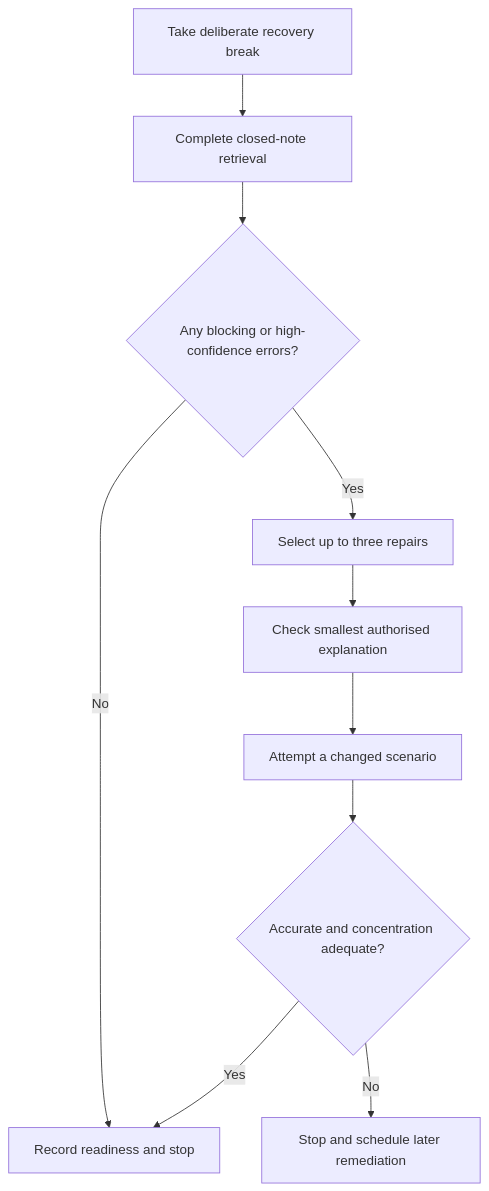
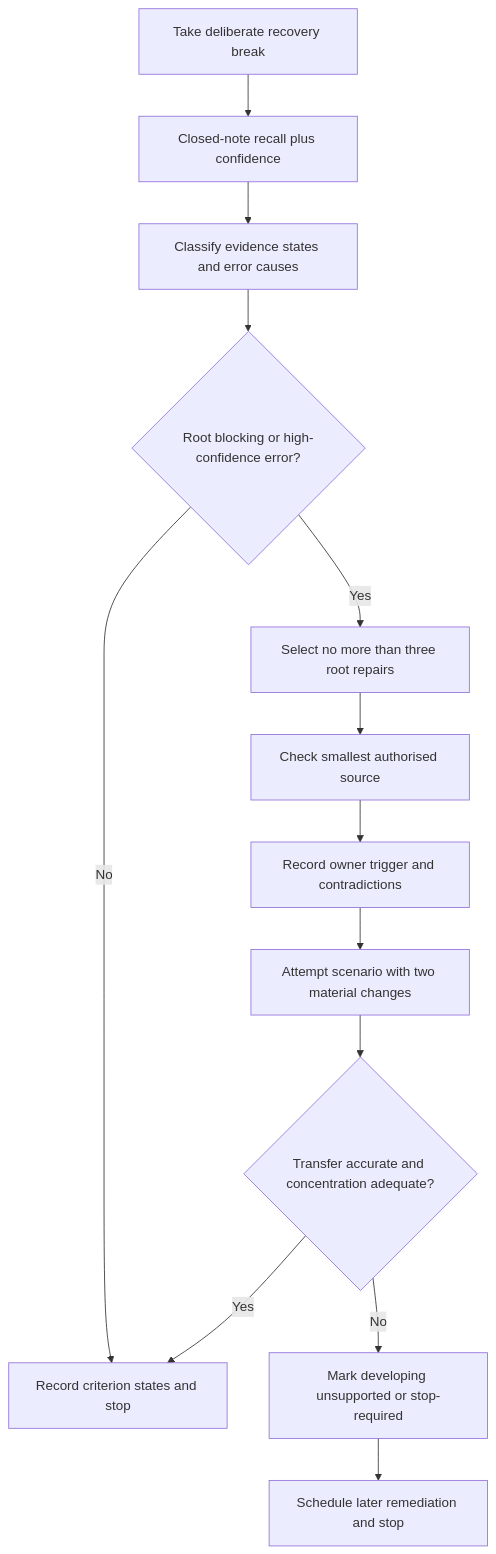
Before and after one commit to andrew3stedall/capstone: the first of 2 diagrams in docs/learning-plans/12-week/modules/day-47-rest-retrieval-and-installation-defect-correction.md, drawn with Mermaid. The commit also changed other lines of this file and 3 other files, not shown here.

````diff
--- a/docs/learning-plans/12-week/modules/day-47-rest-retrieval-and-installation-defect-correction.md
+++ b/docs/learning-plans/12-week/modules/day-47-rest-retrieval-and-installation-defect-correction.md
@@ -62,12 +86,15 @@
 ```mermaid
 flowchart TD
- A[Take deliberate recovery break] --> B[Complete closed-note retrieval]
- B --> C{Any blocking or high-confidence errors?}
- C -->|No| D[Record readiness and stop]
- C -->|Yes| E[Select up to three repairs]
- E --> F[Check smallest authorised explanation]
- F --> G[Attempt a changed scenario]
- G --> H{Accurate and concentration adequate?}
- H -->|Yes| D
- H -->|No| I[Stop and schedule later remediation]
+  A[Take deliberate recovery break] --> B[Closed-note recall plus confidence]
+  B --> C[Classify evidence states and error causes]
+  C --> D{Root blocking or high-confidence error?}
+  D -->|No| E[Record criterion states and stop]
+  D -->|Yes| F[Select no more than three root repairs]
+  F --> G[Check smallest authorised source]
+  G --> H[Record owner trigger and contradictions]
+  H --> I[Attempt scenario with two material changes]
+  I --> J{Transfer accurate and concentration adequate?}
+  J -->|Yes| E
+  J -->|No| K[Mark developing unsupported or stop-required]
+  K --> L[Schedule later remediation and stop]
 ```
````
